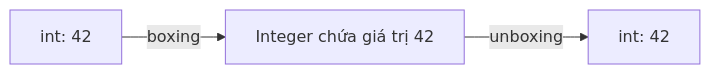
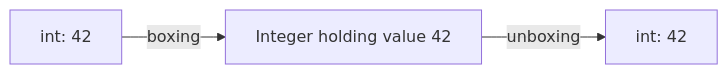
One commit to phuongnguyenit93/learning-platform-data changed the diagram in module/platform/development/programming/language/java/core/language-basics/content/knowledge/en/11.primitive-wrappers/primitive-wrappers-002.md. Above: the diagram before and after it, drawn with Mermaid. The commit also changed other lines of this file and 2307 other files, not shown here.

```diff
--- a/module/platform/development/programming/language/java/core/language-basics/content/knowledge/en/11.primitive-wrappers/primitive-wrappers-002.md
+++ b/module/platform/development/programming/language/java/core/language-basics/content/knowledge/en/11.primitive-wrappers/primitive-wrappers-002.md
@@ -22,5 +22,5 @@
 ~~~mermaid
 flowchart LR
-    A["int: 42"] -->|"boxing"| B["Integer chứa giá trị 42"]
+    A["int: 42"] -->|"boxing"| B["Integer holding value 42"]
     B -->|"unboxing"| C["int: 42"]
 ~~~
```
